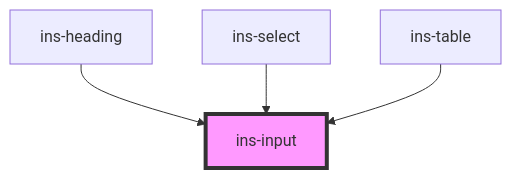
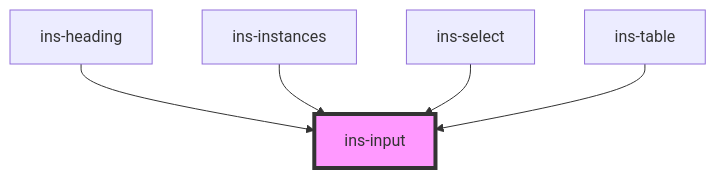
One commit to insites-io/insites-components-v2 changed the diagram in components/src/components/ins-input/README.md. Above: the diagram before and after it, drawn with Mermaid. The commit also changed other lines of this file and 1583 other files, not shown here.

````diff
--- a/components/src/components/ins-input/README.md
+++ b/components/src/components/ins-input/README.md
@@ -52,7 +55,8 @@
 ```mermaid
 graph TD;
   ins-heading --> ins-input
+  ins-instances --> ins-input
   ins-select --> ins-input
   ins-table --> ins-input
   style ins-input fill:#f9f,stroke:#333,stroke-width:4px
 ```
````
